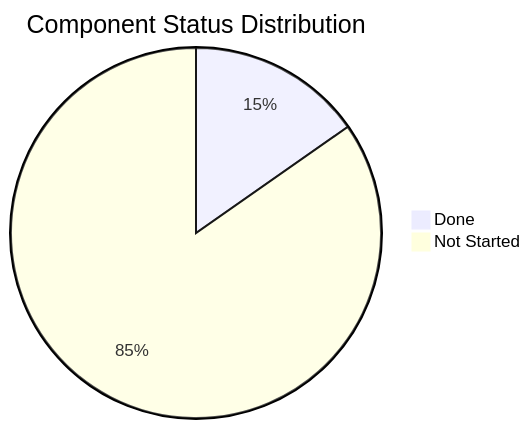
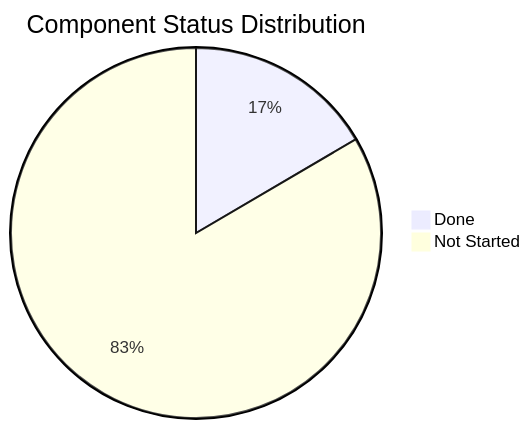
The first of 3 diagrams in PROJECT_STATUS_TRACKER.md (thisisashwinks/HighRise-Tokens), drawn with Mermaid before and after one commit. The commit also changed other lines of this file and 7 other files, not shown here.

````diff
--- a/PROJECT_STATUS_TRACKER.md
+++ b/PROJECT_STATUS_TRACKER.md
@@ -325,5 +327,5 @@
 ```mermaid
 pie title Component Status Distribution
-    "Done" : 24
-    "Not Started" : 133
+    "Done" : 26
+    "Not Started" : 131
 ```
````
